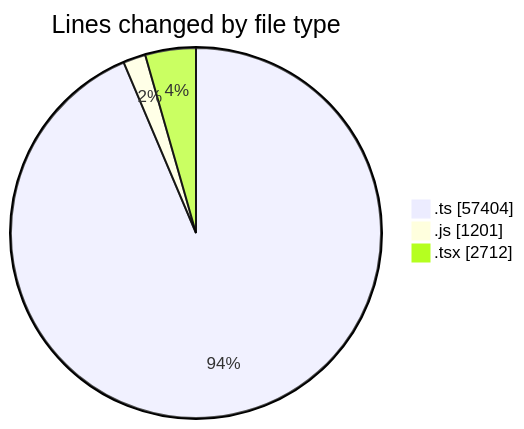
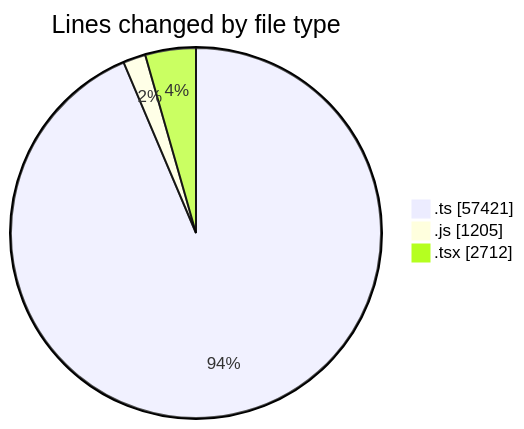
The first of 2 diagrams in 2026-11-03/cda/README.md (momahboobian/code-tracking), drawn with Mermaid before and after one commit. The commit also changed other lines of this file and 1 other file, not shown here.

````diff
--- a/2026-11-03/cda/README.md
+++ b/2026-11-03/cda/README.md
@@ -51,7 +51,7 @@
 ```mermaid
 pie showData
 title Lines changed by file type
-".ts" : 57404
-".js" : 1201
+".ts" : 57421
+".js" : 1205
 ".tsx" : 2712
 ```
````
